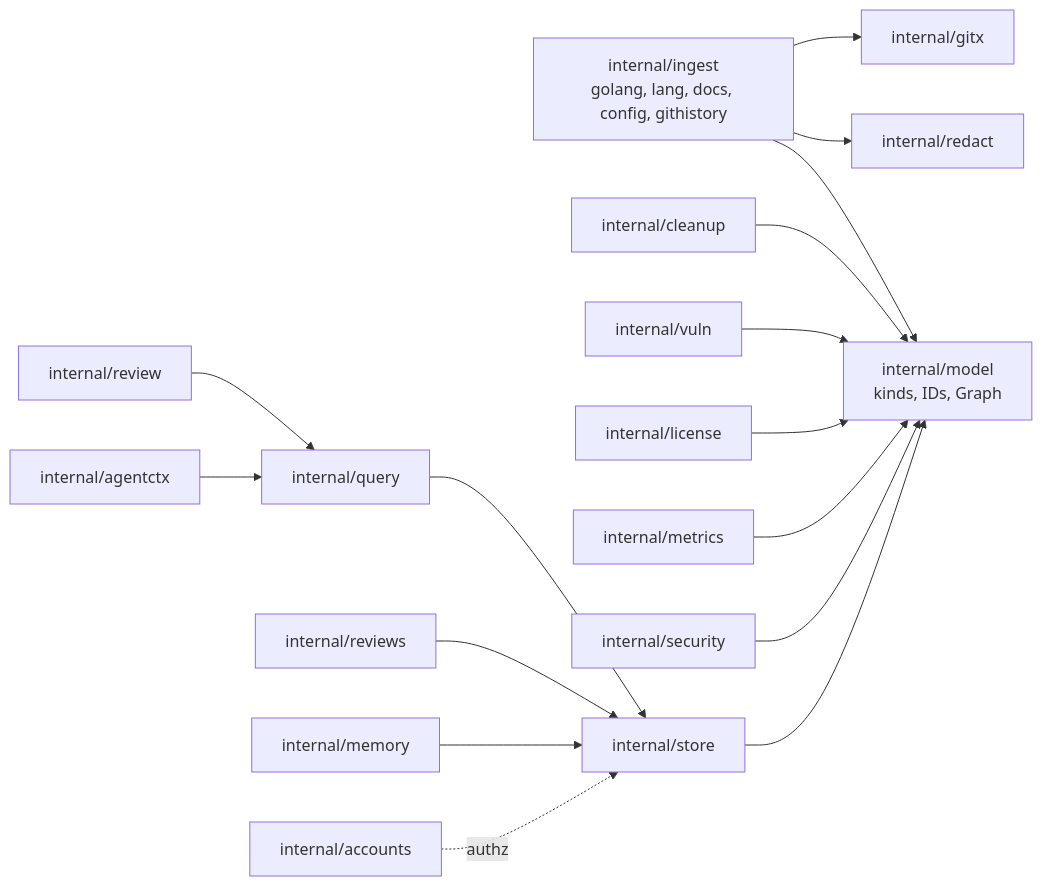
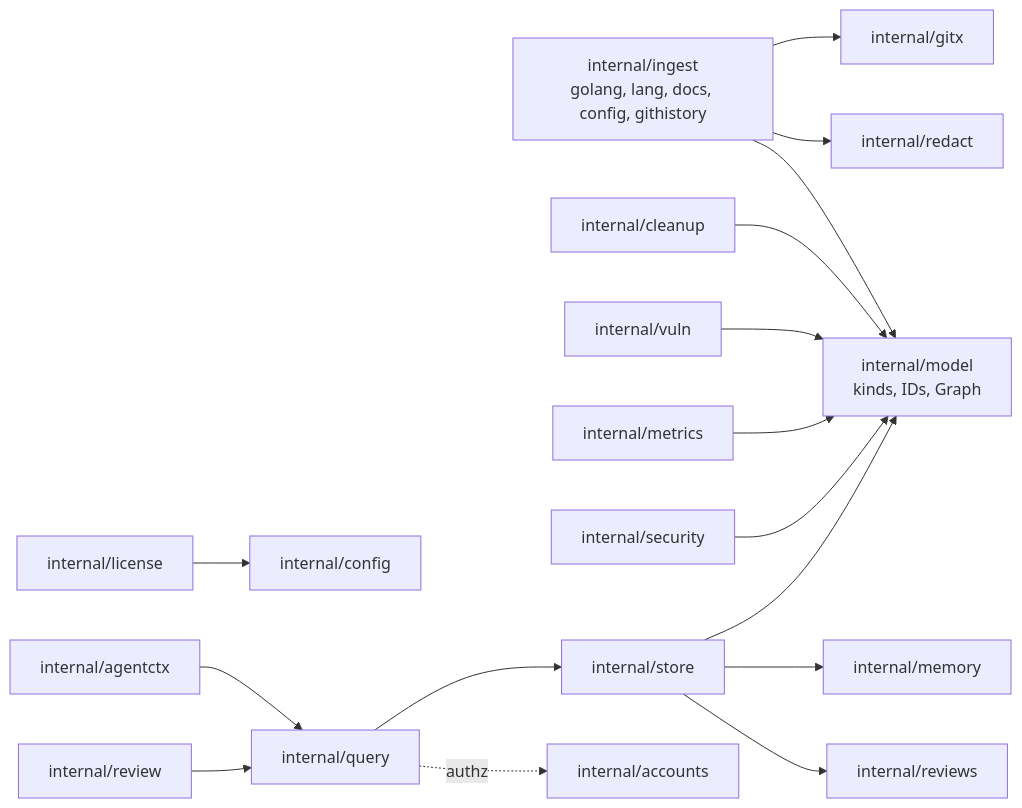
The fourth of 4 diagrams in docs/architecture/overview.md (astrona-io/codesynapse), drawn with Mermaid before and after one commit. The commit also changed 6 other files, not shown here.

First line of the commit message:
docs: fix Mermaid diagrams that fail to render or misdraw the code (#267)

````diff
--- a/docs/architecture/overview.md
+++ b/docs/architecture/overview.md
@@ -122,35 +122,36 @@
 ```mermaid
 flowchart LR
     model[internal/model<br/>kinds, IDs, Graph]
     ingest[internal/ingest<br/>golang, lang, docs, config, githistory]
     cleanup[internal/cleanup]
     vuln[internal/vuln]
     license[internal/license]
+    config[internal/config]
     metrics[internal/metrics]
     security[internal/security]
     redact[internal/redact]
     gitx[internal/gitx]
     store[internal/store]
     query[internal/query]
     agentctx[internal/agentctx]
     review[internal/review]
     reviews[internal/reviews]
     memory[internal/memory]
     accounts[internal/accounts]
 
     ingest --> model
     ingest --> redact
     ingest --> gitx
     cleanup --> model
     vuln --> model
-    license --> model
+    license --> config
     metrics --> model
     security --> model
     store --> model
     query --> store
     agentctx --> query
     review --> query
-    reviews --> store
-    memory --> store
-    accounts -. authz .-> store
+    store --> reviews
+    store --> memory
+    query -. authz .-> accounts
 ```
````
